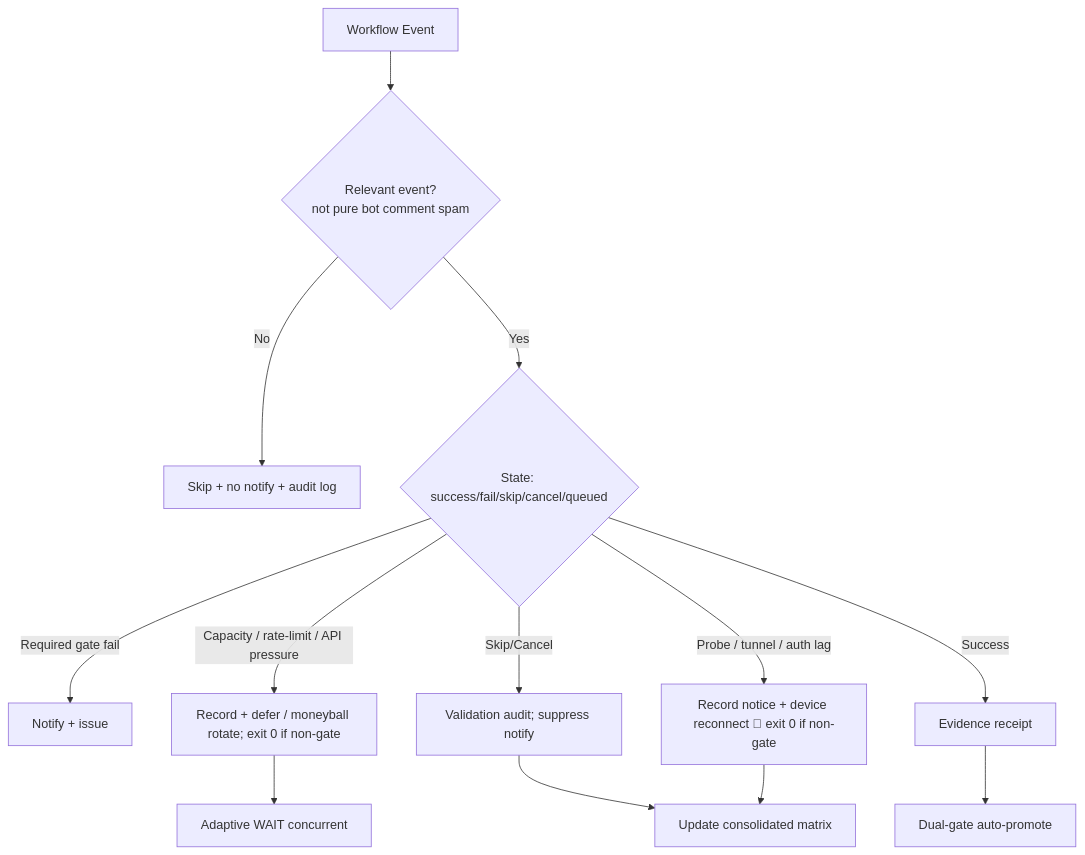
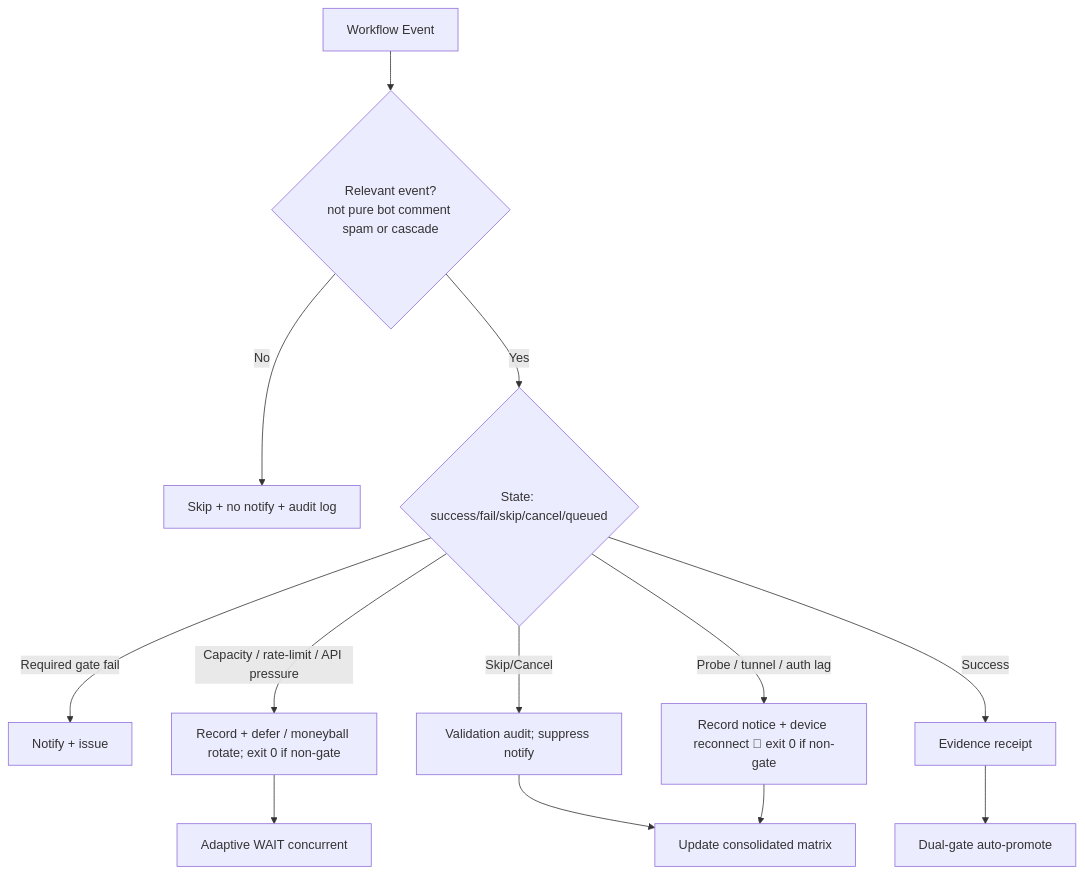
The diagram in docs/ops/ACTIONS-CONSOLIDATED-MATRIX-2026-10-21.md (timerloggedout-spec/termux-monorepo), drawn with Mermaid before and after one commit. The commit also changed other lines of this file, not shown here.

````diff
--- a/docs/ops/ACTIONS-CONSOLIDATED-MATRIX-2026-10-21.md
+++ b/docs/ops/ACTIONS-CONSOLIDATED-MATRIX-2026-10-21.md
@@ -38,15 +38,15 @@
 ```mermaid
 flowchart TD
-  Event[Workflow Event] --> Filter{Relevant event?<br/>not pure bot comment spam}
+  Event[Workflow Event] --> Filter{Relevant event?<br/>not pure bot comment spam or cascade}
   Filter -->|No| Skip[Skip + no notify + audit log]
   Filter -->|Yes| Classify{State: success/fail/skip/cancel/queued}
   Classify -->|Required gate fail| Alert[Notify + issue]
   Classify -->|Capacity / rate-limit / API pressure| Quota[Record + defer / moneyball rotate; exit 0 if non-gate]
   Classify -->|Skip/Cancel| Audit[Validation audit; suppress notify]
   Classify -->|Success| Record[Evidence receipt]
   Classify -->|Probe / tunnel / auth lag| Device[Record notice + device reconnect #1; exit 0 if non-gate]
   Quota --> Wait[Adaptive WAIT concurrent]
   Audit --> Matrix[Update consolidated matrix]
   Record --> Promote[Dual-gate auto-promote]
   Device --> Matrix
 ```
````
